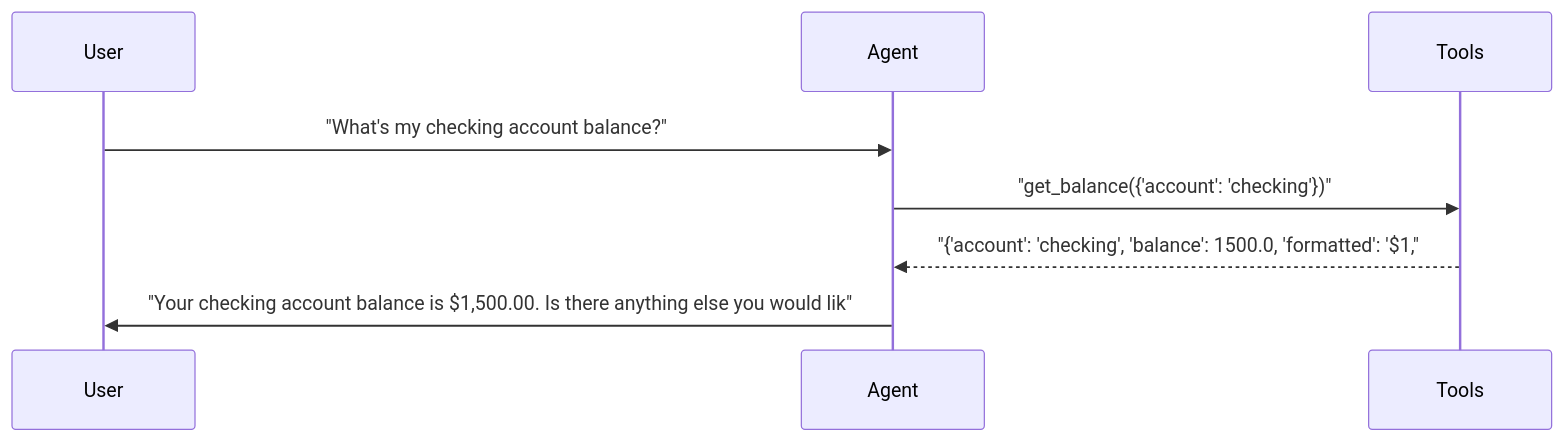
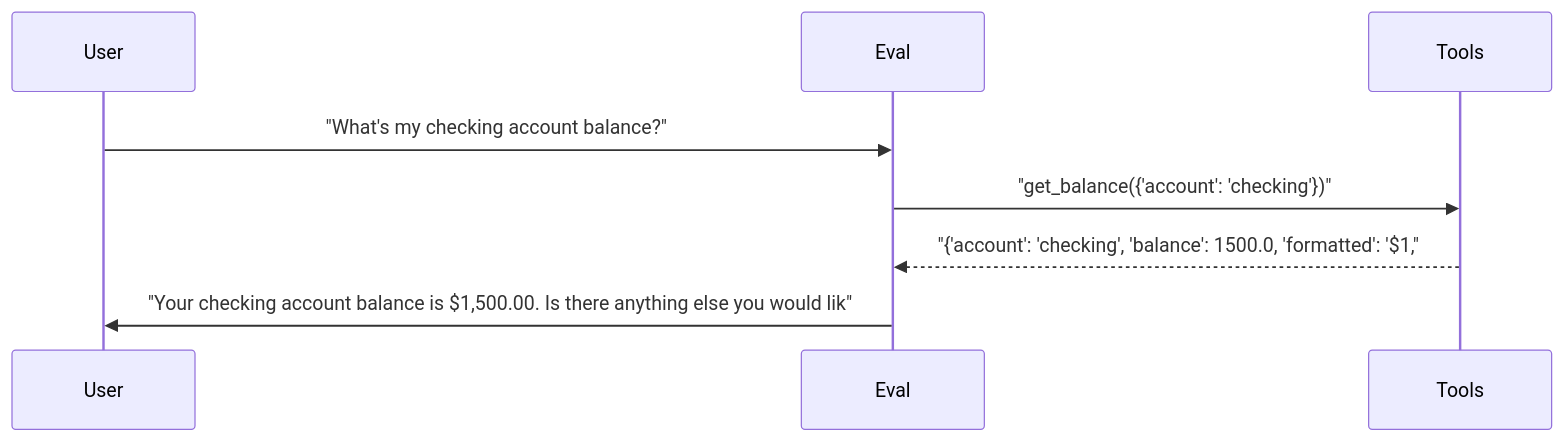
The second of 4 diagrams in docs/reports/10_dimension_detection.md (sbroenne/pytest-skill-engineering), drawn with Mermaid before and after one commit. The commit also changed other lines of this file and 155 other files, not shown here.

````diff
--- a/docs/reports/10_dimension_detection.md
+++ b/docs/reports/10_dimension_detection.md
@@ -192,11 +192,11 @@
 ```mermaid
 sequenceDiagram
     participant User
-    participant Agent
+    participant Eval
     participant Tools
 
-    User->>Agent: "What's my checking account balance?"
-    Agent->>Tools: "get_balance({'account': 'checking'})"
-    Tools-->>Agent: "{'account': 'checking', 'balance': 1500.0, 'formatted': '$1,"
-    Agent->>User: "Your checking account balance is $1,500.00. Is there anything else you would lik"
+    User->>Eval: "What's my checking account balance?"
+    Eval->>Tools: "get_balance({'account': 'checking'})"
+    Tools-->>Eval: "{'account': 'checking', 'balance': 1500.0, 'formatted': '$1,"
+    Eval->>User: "Your checking account balance is $1,500.00. Is there anything else you would lik"
 ```
````
